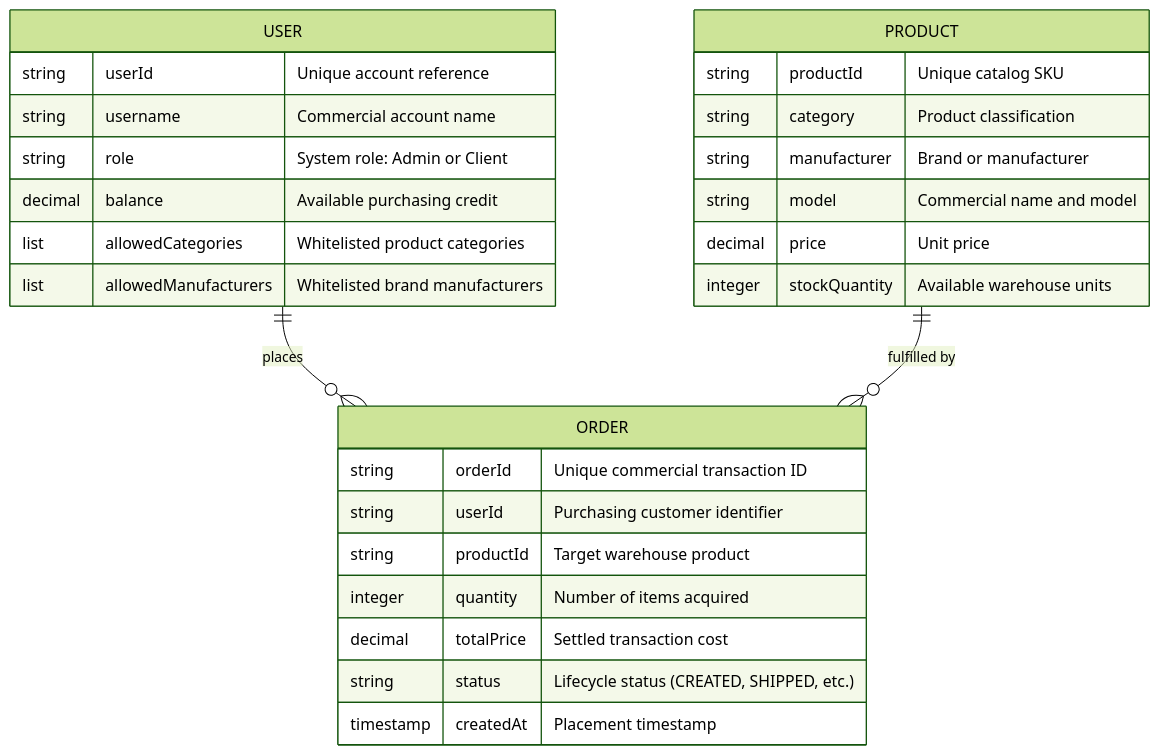
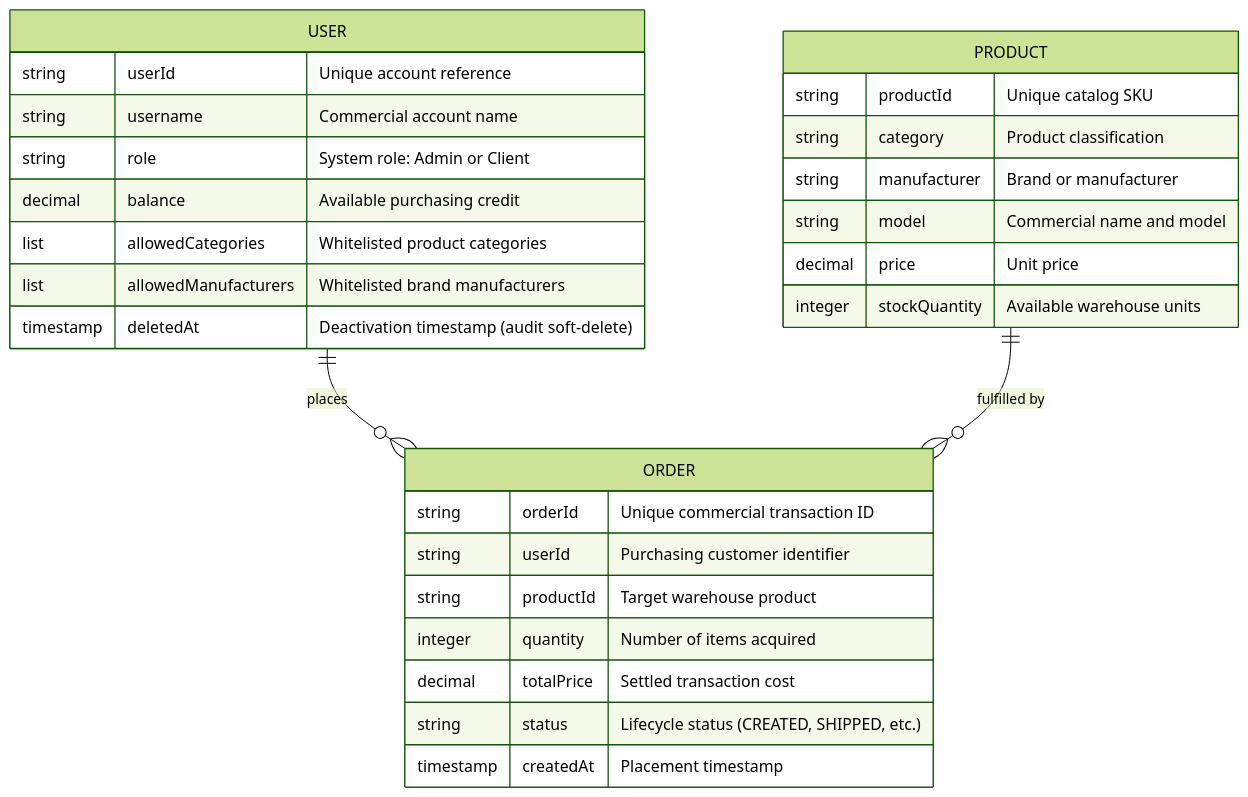
The second of 4 diagrams in specs/CLIENT_SPEC.md (altregubov/warehouse-rest-test-app), drawn with Mermaid (forest theme) before and after one commit. The commit also changed 9 other files, not shown here.

````diff
--- a/specs/CLIENT_SPEC.md
+++ b/specs/CLIENT_SPEC.md
@@ -87,33 +87,34 @@
 ```mermaid
 erDiagram
     USER ||--o{ ORDER : "places"
     PRODUCT ||--o{ ORDER : "fulfilled by"
 
     USER {
         string userId "Unique account reference"
         string username "Commercial account name"
         string role "System role: Admin or Client"
         decimal balance "Available purchasing credit"
         list allowedCategories "Whitelisted product categories"
         list allowedManufacturers "Whitelisted brand manufacturers"
+        timestamp deletedAt "Deactivation timestamp (audit soft-delete)"
     }
 
     PRODUCT {
         string productId "Unique catalog SKU"
         string category "Product classification"
         string manufacturer "Brand or manufacturer"
         string model "Commercial name and model"
         decimal price "Unit price"
         integer stockQuantity "Available warehouse units"
     }
 
     ORDER {
         string orderId "Unique commercial transaction ID"
         string userId "Purchasing customer identifier"
         string productId "Target warehouse product"
         integer quantity "Number of items acquired"
         decimal totalPrice "Settled transaction cost"
         string status "Lifecycle status (CREATED, SHIPPED, etc.)"
         timestamp createdAt "Placement timestamp"
     }
 ```
````
